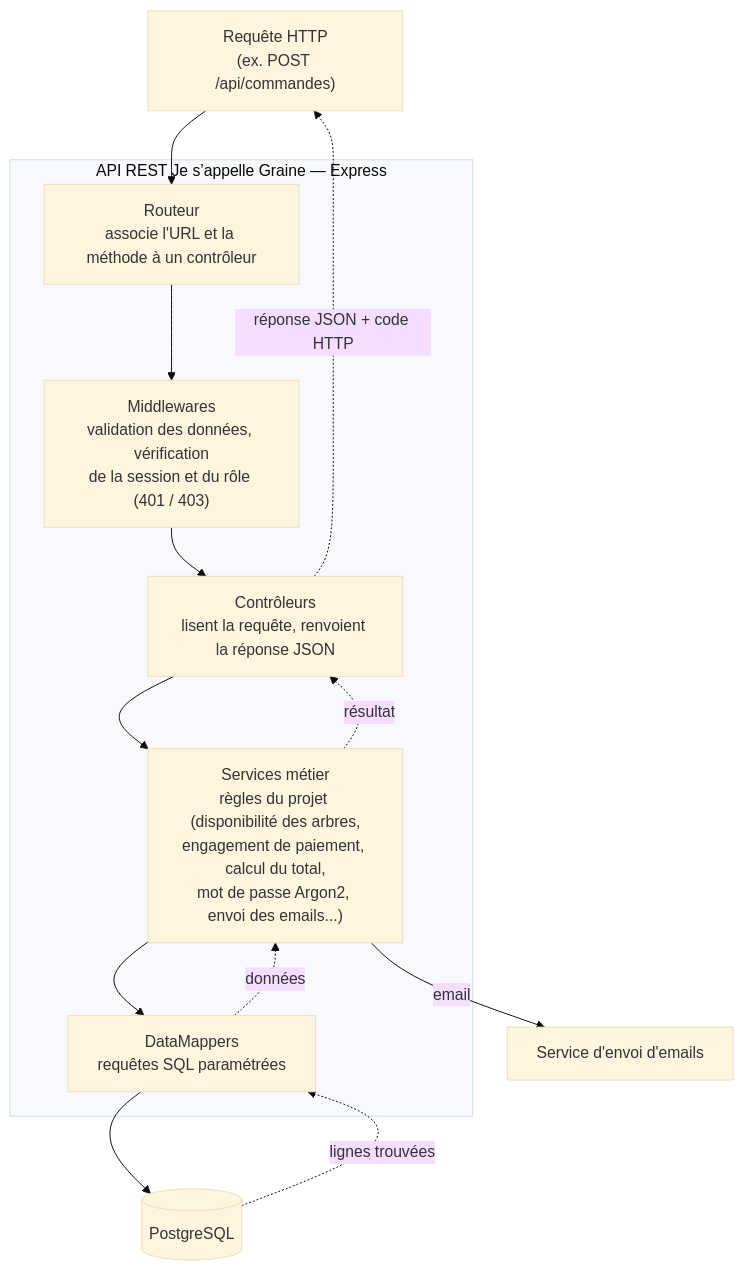
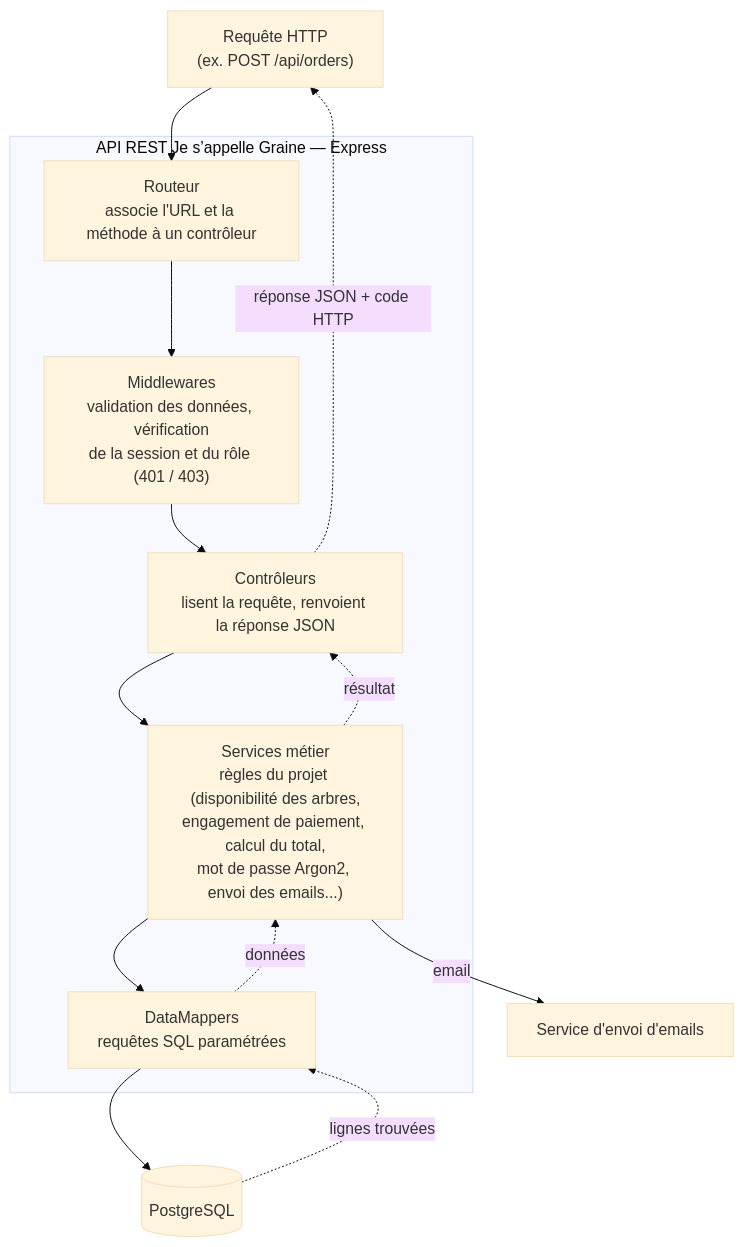
The second of 3 diagrams in docs/conception/diagrammes/01-architecture.md (DimitryDereppe/je-s-appelle-graine), drawn with Mermaid (base theme) before and after one commit. The commit also changed 5 other files, not shown here.

````diff
--- a/docs/conception/diagrammes/01-architecture.md
+++ b/docs/conception/diagrammes/01-architecture.md
@@ -44,22 +44,22 @@
 ```mermaid
 flowchart TB
-    REQ["Requête HTTP<br/>(ex. POST /api/commandes)"]
+    REQ["Requête HTTP<br/>(ex. POST /api/orders)"]
 
     subgraph API["API REST Je s’appelle Graine — Express"]
         R["Routeur<br/>associe l'URL et la méthode à un contrôleur"]
         M["Middlewares<br/>validation des données, vérification<br/>de la session et du rôle (401 / 403)"]
         C["Contrôleurs<br/>lisent la requête, renvoient la réponse JSON"]
         S["Services métier<br/>règles du projet (disponibilité des arbres,<br/>engagement de paiement, calcul du total,<br/>mot de passe Argon2, envoi des emails...)"]
         D["DataMappers<br/>requêtes SQL paramétrées"]
     end
 
     DB[("PostgreSQL")]
     MAIL["Service d'envoi d'emails"]
 
     REQ --> R --> M --> C --> S --> D --> DB
     S -- "email" --> MAIL
     DB -. "lignes trouvées" .-> D
     D -. "données" .-> S
     S -. "résultat" .-> C
     C -. "réponse JSON + code HTTP" .-> REQ
 ```
````
